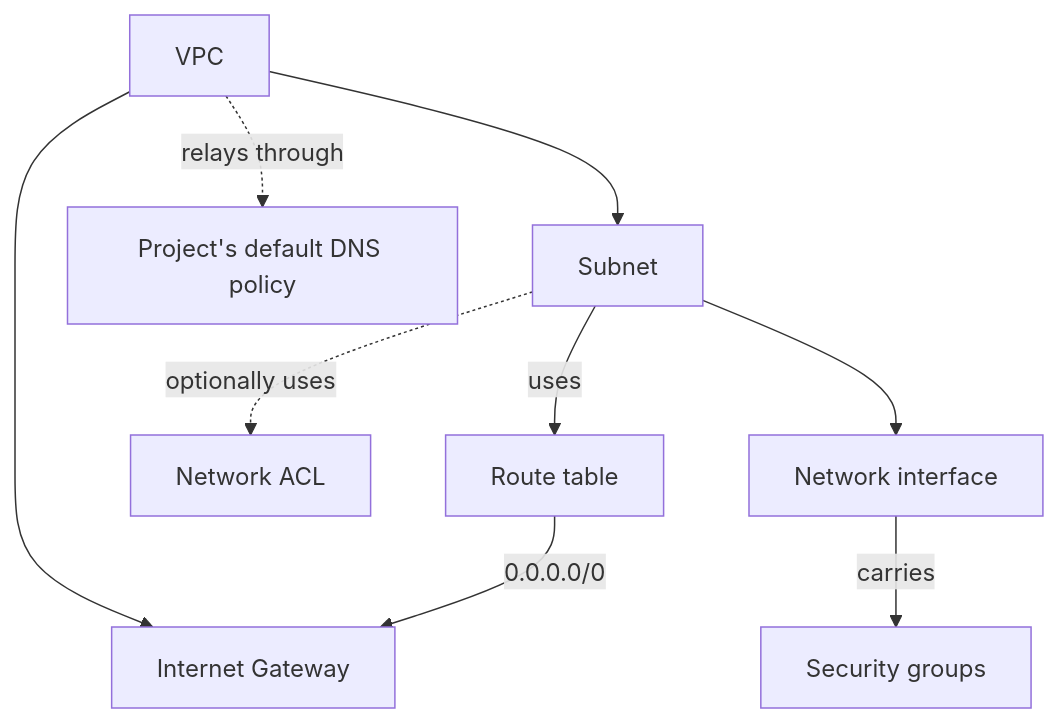
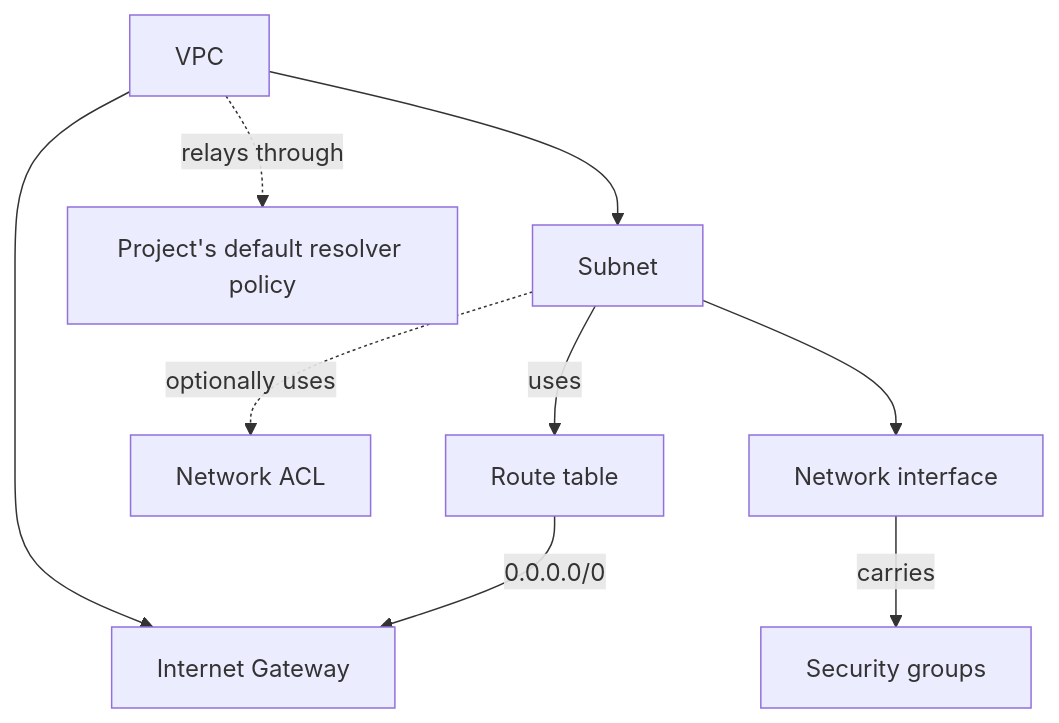
Before and after one commit to origincloudhq/docs: the diagram in docs/network/vpcs/index.md, drawn with Mermaid. The commit also changed other lines of this file and 16 other files, not shown here.

````diff
--- a/docs/network/vpcs/index.md
+++ b/docs/network/vpcs/index.md
@@ -18,13 +18,13 @@
 ```mermaid
 flowchart TD
   accTitle: The pieces of a VPC that reaches the internet
-  accDescr: You add subnets, route tables, network ACLs, security groups and an Internet Gateway to a VPC. A subnet uses a route table, whose default route leads to the Internet Gateway, and optionally a network ACL. A network interface in the subnet carries security groups. A VPC with no DNS policy association relays through the project's default policy in its region.
+  accDescr: You add subnets, route tables, network ACLs, security groups and an Internet Gateway to a VPC. A subnet uses a route table, whose default route leads to the Internet Gateway, and optionally a network ACL. A network interface in the subnet carries security groups. A VPC with no resolver policy association relays through the project's default policy in its region.
   vpc[VPC] --> subnet[Subnet]
   vpc --> igw[Internet Gateway]
   subnet -->|uses| rt[Route table]
   rt -->|"0.0.0.0/0"| igw
   subnet -.->|optionally uses| acl[Network ACL]
   subnet --> nic[Network interface]
   nic -->|carries| sg[Security groups]
-  vpc -.->|relays through| dns[Project's default DNS policy]
+  vpc -.->|relays through| dns[Project's default resolver policy]
 ```
````
